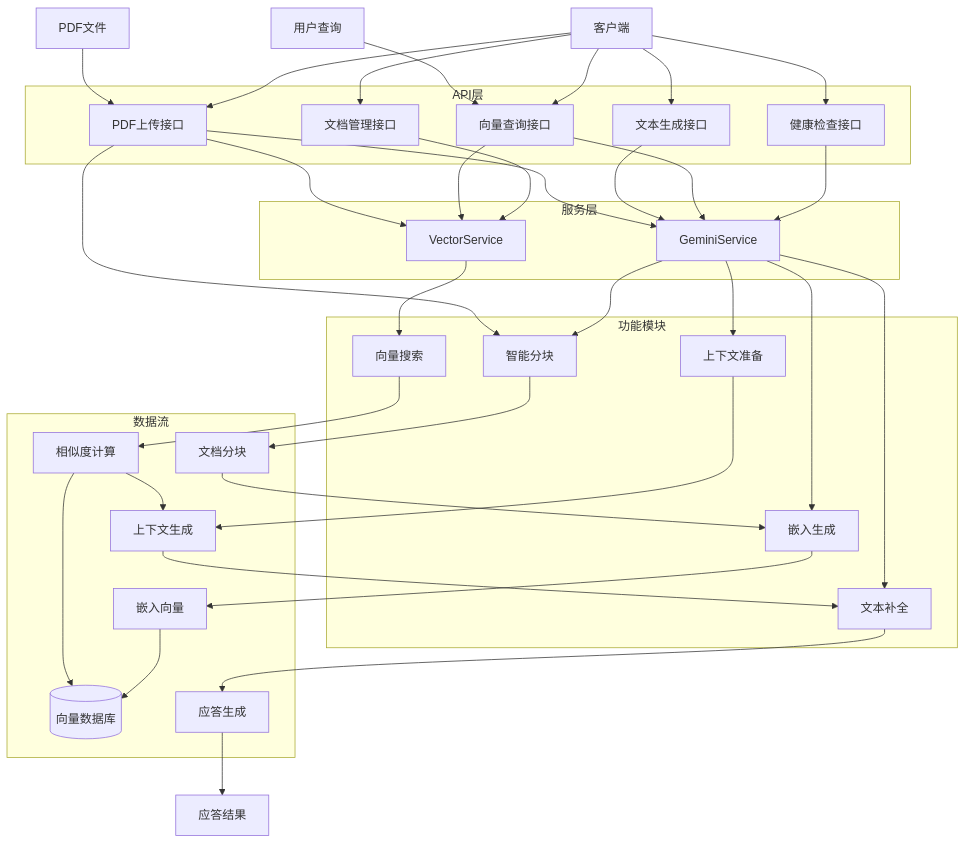
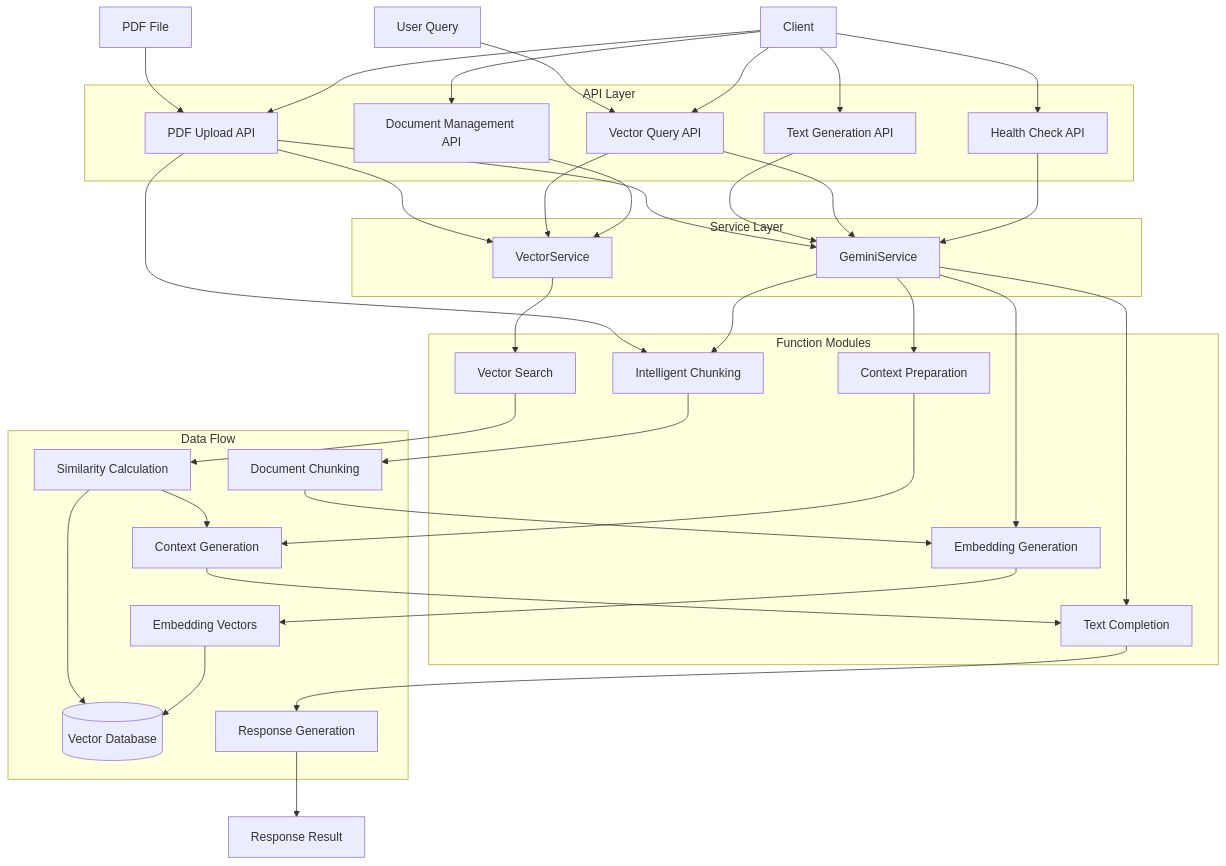
Before and after one commit to zking2000/gemini-vector-search: the first of 10 diagrams in README.md, drawn with Mermaid. The commit also changed other lines of this file and 13 other files, not shown here.

````diff
--- a/README.md
+++ b/README.md
@@ -7,53 +7,53 @@
 ```mermaid
 graph TD
-    %% 定义节点
-    Client[客户端]
-    PDF[PDF文件]
-    Query[用户查询]
-    Response[应答结果]
+    %% Define nodes
+    Client[Client]
+    PDF[PDF File]
+    Query[User Query]
+    Response[Response Result]
     
-    %% API层
-    subgraph API["API层"]
-        A1[健康检查接口]
-        A2[文档管理接口]
-        A3[向量查询接口]
-        A4[文本生成接口]
-        A5[PDF上传接口]
+    %% API Layer
+    subgraph API["API Layer"]
+        A1[Health Check API]
+        A2[Document Management API]
+        A3[Vector Query API]
+        A4[Text Generation API]
+        A5[PDF Upload API]
     end
     
-    %% 服务层
-    subgraph Services["服务层"]
+    %% Service Layer
+    subgraph Services["Service Layer"]
         B1[GeminiService]
         B2[VectorService]
     end
     
-    %% 功能模块
-    subgraph Functions["功能模块"]
-        C1[嵌入生成]
-        C2[向量搜索]
-        C3[智能分块]
-        C4[上下文准备]
-        C5[文本补全]
+    %% Function Modules
+    subgraph Functions["Function Modules"]
+        C1[Embedding Generation]
+        C2[Vector Search]
+        C3[Intelligent Chunking]
+        C4[Context Preparation]
+        C5[Text Completion]
     end
     
-    %% 数据流
-    subgraph Data["数据流"]
-        D[(向量数据库)]
-        E[嵌入向量]
-        F[相似度计算]
-        G[文档分块]
-        H[上下文生成]
-        I[应答生成]
+    %% Data Flow
+    subgraph Data["Data Flow"]
+        D[(Vector Database)]
+        E[Embedding Vectors]
+        F[Similarity Calculation]
+        G[Document Chunking]
+        H[Context Generation]
+        I[Response Generation]
     end
     
-    %% 客户端调用API层
+    %% Client calls API layer
     Client --> A1
     Client --> A2
     Client --> A3
     Client --> A4
     Client --> A5
     
-    %% API层到服务层的连接
+    %% API layer connections to service layer
     A1 --> B1
     A2 --> B2
     A3 --> B1
@@ -62,30 +62,30 @@
     A5 --> B1
     A5 --> B2
     
-    %% 服务层到功能模块的连接
+    %% Service layer connections to function modules
     B1 --> C1
     B1 --> C3
     B1 --> C4
     B1 --> C5
     B2 --> C2
     
-    %% 功能模块到数据流的连接
+    %% Function module connections to data flow
     C1 --> E
     C2 --> F
     C3 --> G
     C4 --> H
     C5 --> I
     
-    %% 数据库连接
+    %% Database connections
     E --> D
     F --> D
     
-    %% 文档处理流程
+    %% Document processing flow
     PDF --> A5
     A5 --> C3
     G --> C1
     
-    %% 查询流程
+    %% Query flow
     Query --> A3
     F --> H
     H --> C5
````
